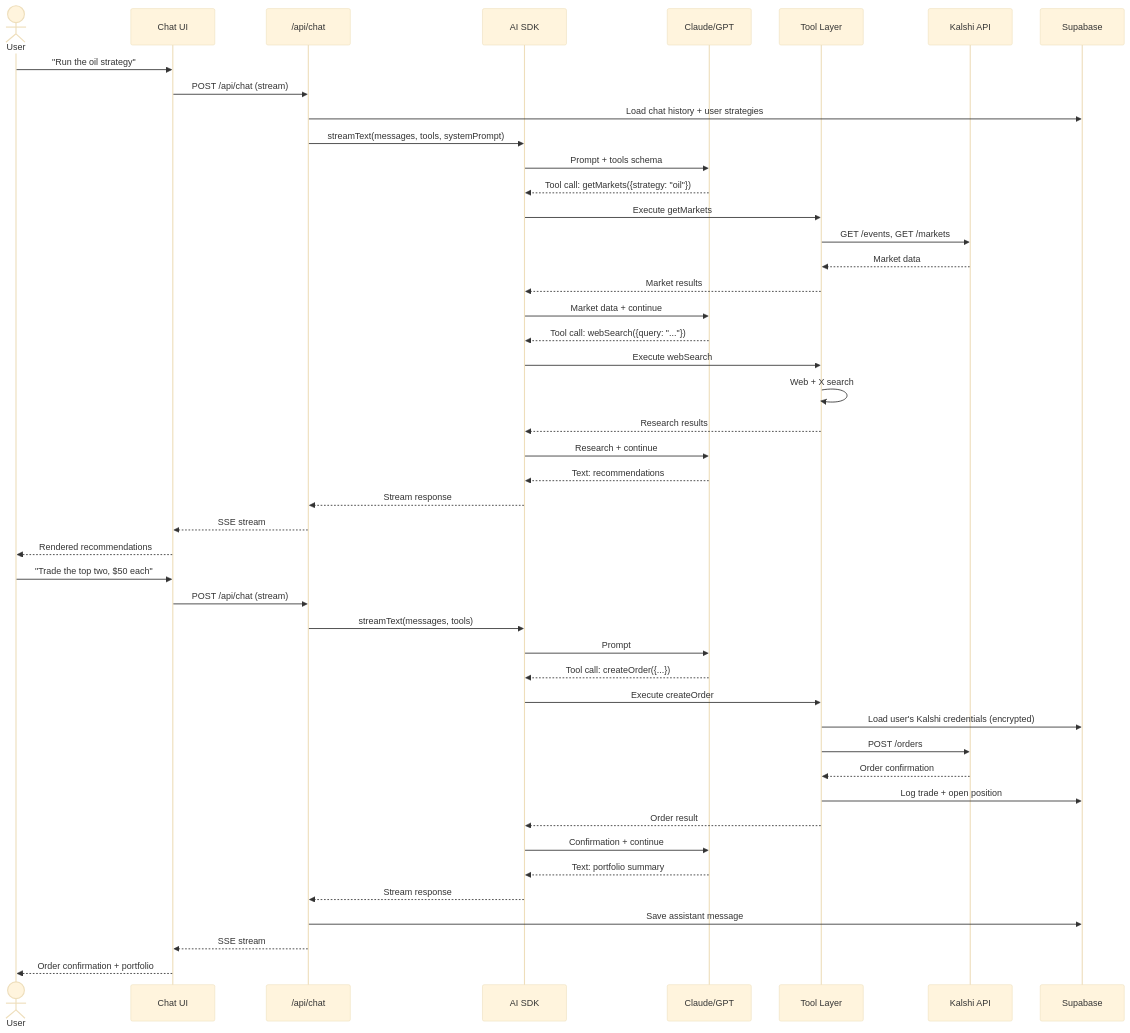
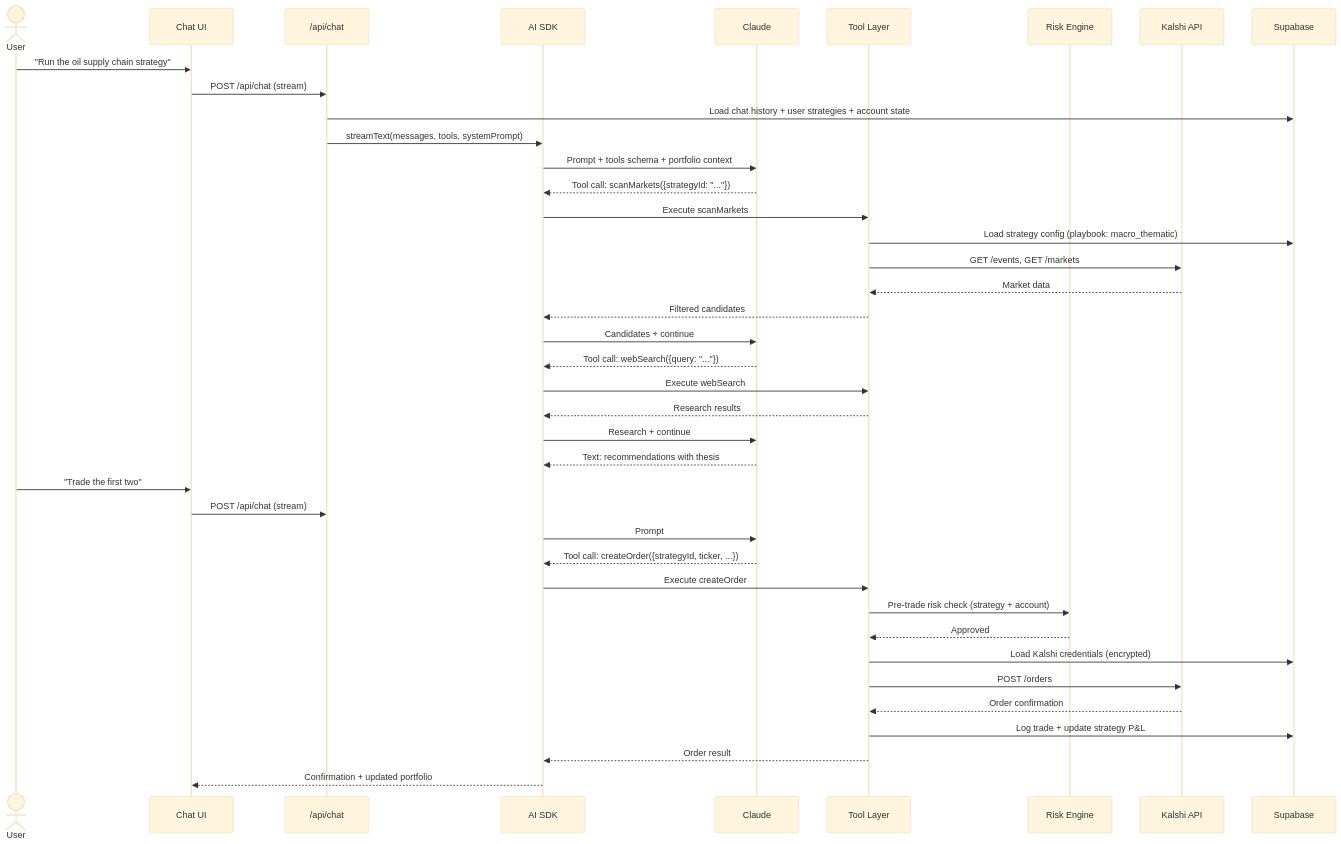
The fifth of 12 diagrams in saas/docs/ARCH.md (operator-auteng-ai/quantreno), drawn with Mermaid (base theme) before and after one commit. The commit also changed other lines of this file and 38 other files, not shown here.

First line of the commit message:
Product redesign: 6 playbooks, Strategy/Trade model, risk engine, compute architecture

````diff
--- a/saas/docs/ARCH.md
+++ b/saas/docs/ARCH.md
@@ -76,50 +247,44 @@
 ```mermaid
 sequenceDiagram
     actor User
     participant UI as Chat UI
     participant API as /api/chat
     participant AI as AI SDK
-    participant LLM as Claude/GPT
+    participant LLM as Claude
     participant Tools as Tool Layer
+    participant Risk as Risk Engine
     participant Kalshi as Kalshi API
     participant DB as Supabase
 
-    User->>UI: "Run the oil strategy"
+    User->>UI: "Run the oil supply chain strategy"
     UI->>API: POST /api/chat (stream)
-    API->>DB: Load chat history + user strategies
+    API->>DB: Load chat history + user strategies + account state
     API->>AI: streamText(messages, tools, systemPrompt)
-    AI->>LLM: Prompt + tools schema
-    LLM-->>AI: Tool call: getMarkets({strategy: "oil"})
-    AI->>Tools: Execute getMarkets
+    AI->>LLM: Prompt + tools schema + portfolio context
+    LLM-->>AI: Tool call: scanMarkets({strategyId: "..."})
+    AI->>Tools: Execute scanMarkets
+    Tools->>DB: Load strategy config (playbook: macro_thematic)
     Tools->>Kalshi: GET /events, GET /markets
     Kalshi-->>Tools: Market data
-    Tools-->>AI: Market results
-    AI->>LLM: Market data + continue
+    Tools-->>AI: Filtered candidates
+    AI->>LLM: Candidates + continue
     LLM-->>AI: Tool call: webSearch({query: "..."})
     AI->>Tools: Execute webSearch
-    Tools->>Tools: Web + X search
     Tools-->>AI: Research results
     AI->>LLM: Research + continue
-    LLM-->>AI: Text: recommendations
-    AI-->>API: Stream response
-    API-->>UI: SSE stream
-    UI-->>User: Rendered recommendations
+    LLM-->>AI: Text: recommendations with thesis
 
-    User->>UI: "Trade the top two, $50 each"
+    User->>UI: "Trade the first two"
     UI->>API: POST /api/chat (stream)
-    API->>AI: streamText(messages, tools)
     AI->>LLM: Prompt
-    LLM-->>AI: Tool call: createOrder({...})
+    LLM-->>AI: Tool call: createOrder({strategyId, ticker, ...})
     AI->>Tools: Execute createOrder
-    Tools->>DB: Load user's Kalshi credentials (encrypted)
+    Tools->>Risk: Pre-trade risk check (strategy + account)
+    Risk-->>Tools: Approved
+    Tools->>DB: Load Kalshi credentials (encrypted)
     Tools->>Kalshi: POST /orders
     Kalshi-->>Tools: Order confirmation
-    Tools->>DB: Log trade + open position
+    Tools->>DB: Log trade + update strategy P&L
     Tools-->>AI: Order result
-    AI->>LLM: Confirmation + continue
-    LLM-->>AI: Text: portfolio summary
-    AI-->>API: Stream response
-    API->>DB: Save assistant message
-    API-->>UI: SSE stream
-    UI-->>User: Order confirmation + portfolio
+    AI-->>UI: Confirmation + updated portfolio
 ```
````
